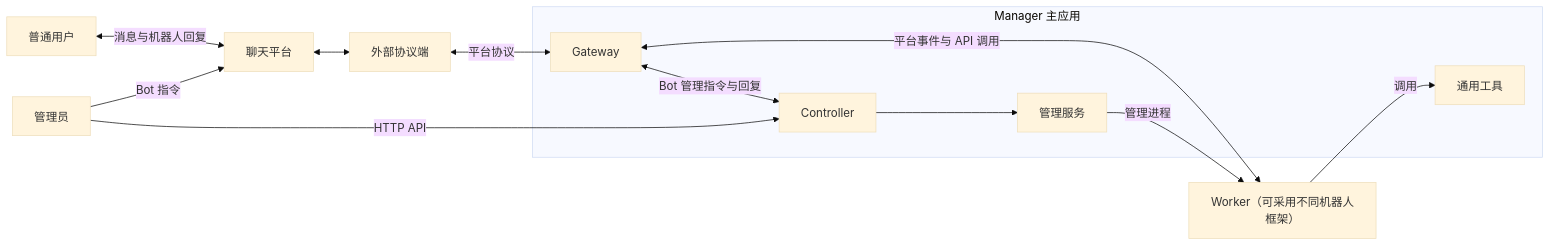
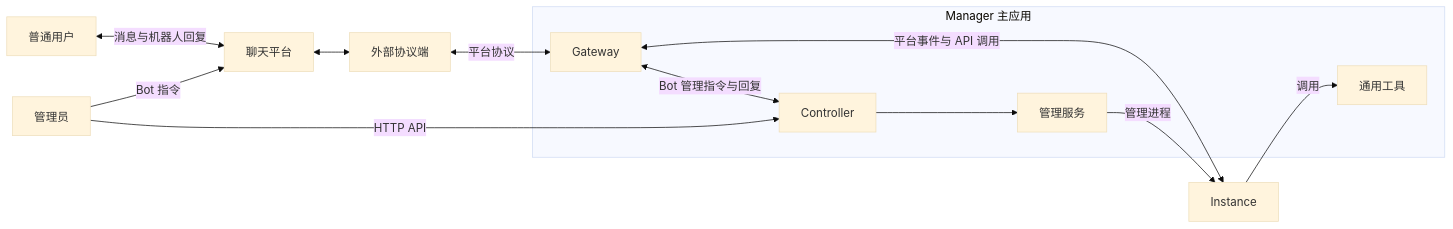
One commit to Nranphy/KiriBot changed the diagram in docs/01.project-overview.md. Above: the diagram before and after it, drawn with Mermaid (base theme). The commit also changed other lines of this file and 35 other files, not shown here.

````diff
--- a/docs/01.project-overview.md
+++ b/docs/01.project-overview.md
@@ -24,26 +25,26 @@
 ```mermaid
 flowchart LR
     User["普通用户"]
     Admin["管理员"]
     Platforms["聊天平台"]
     External["外部协议端"]
-    Worker["Worker（可采用不同机器人框架）"]
+    Instance["Instance"]
 
     subgraph Manager["Manager 主应用"]
         Gateway["Gateway"]
         Controller["Controller"]
         Services["管理服务"]
         Tools["通用工具"]
         Gateway <-->|Bot 管理指令与回复| Controller
         Controller --> Services
     end
 
     User <-->|消息与机器人回复| Platforms
     Admin -->|Bot 指令| Platforms
     Admin -->|HTTP API| Controller
     Platforms <--> External
     External <-->|平台协议| Gateway
-    Gateway <-->|平台事件与 API 调用| Worker
-    Services -->|管理进程| Worker
-    Worker -->|调用| Tools
+    Gateway <-->|平台事件与 API 调用| Instance
+    Services -->|管理进程| Instance
+    Instance -->|调用| Tools
 ```
````
